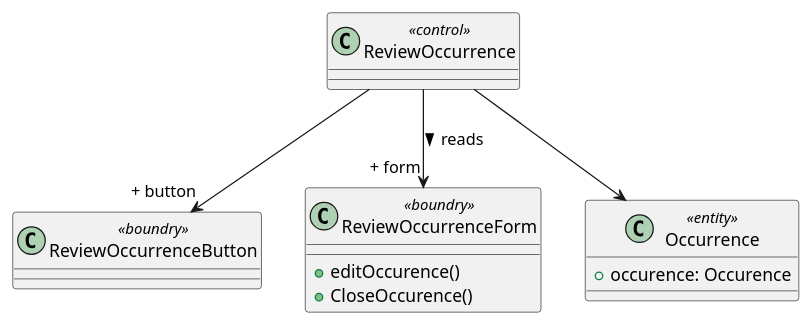
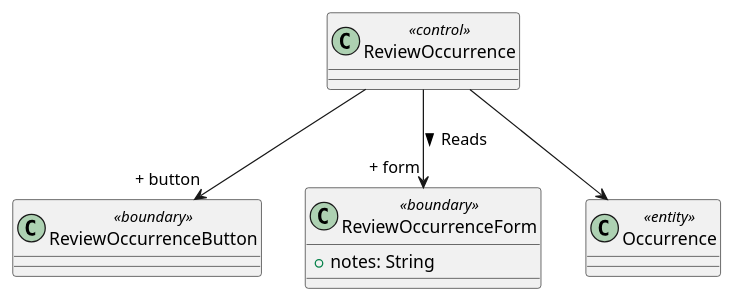
The second of 2 diagrams in Use Cases/ReviewOccurrence.iuml (bmb0136/COMP-3700-Project), drawn with PlantUML before and after one commit.

Commit message:
fix Rev. Occurrence

```diff
--- a/Use Cases/ReviewOccurrence.iuml
+++ b/Use Cases/ReviewOccurrence.iuml
@@ -27,14 +27,11 @@
 @startuml Review Occurrence Object
-class ReviewOccurrence <<control>>
-class ReviewOccurrenceButton <<boundry>>
-class ReviewOccurrenceForm <<boundry>> {
-    + editOccurence()
-    + CloseOccurence()
+class ReviewOccurrence <<control>> {}
+class ReviewOccurrenceButton <<boundary>> {}
+class ReviewOccurrenceForm <<boundary>> {
+    + notes: String
 }
-class Occurrence <<entity>> {
-    +occurence: Occurence
-}
+class Occurrence <<entity>> {}
 ReviewOccurrence --> "+ button" ReviewOccurrenceButton
-ReviewOccurrence --> "+ form" ReviewOccurrenceForm: reads >
+ReviewOccurrence --> "+ form" ReviewOccurrenceForm: Reads >
 ReviewOccurrence --> Occurrence
 @enduml
```
